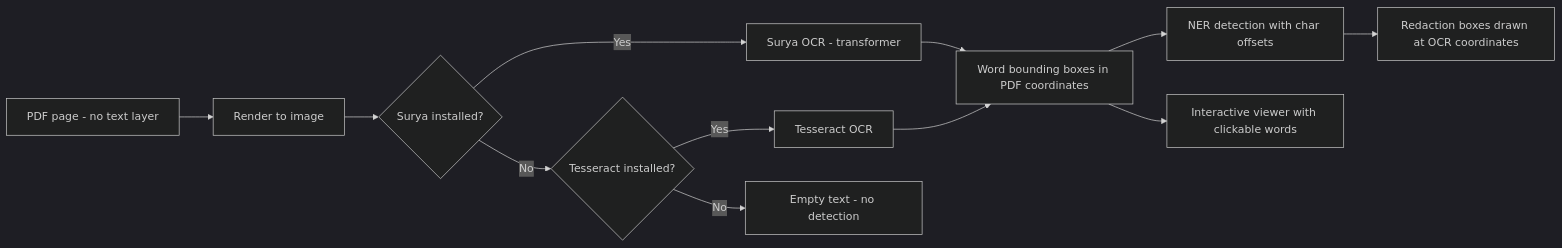
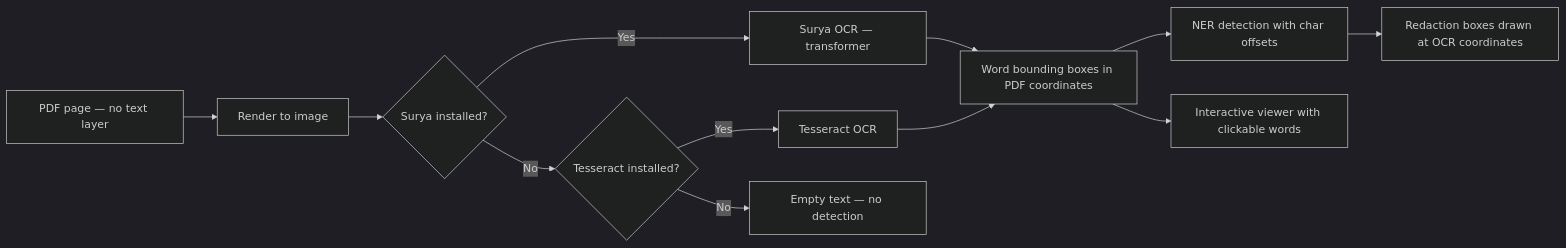
Before and after one commit to alallaqi/go-calma-redact: the second of 4 diagrams in README.md, drawn with Mermaid (dark theme). The commit also changed other lines of this file and 4 other files, not shown here.

````diff
--- a/README.md
+++ b/README.md
@@ -216,14 +247,14 @@
 ```mermaid
 flowchart LR
-    Page[PDF page - no text layer] --> Render[Render to image]
+    Page[PDF page — no text layer] --> Render[Render to image]
     Render --> SuryaCheck{Surya installed?}
-    SuryaCheck -->|Yes| Surya[Surya OCR - transformer]
+    SuryaCheck -->|Yes| Surya[Surya OCR — transformer]
     SuryaCheck -->|No| TessCheck{Tesseract installed?}
     TessCheck -->|Yes| Tess[Tesseract OCR]
-    TessCheck -->|No| Empty[Empty text - no detection]
+    TessCheck -->|No| Empty[Empty text — no detection]
     Surya --> WordBoxes[Word bounding boxes in PDF coordinates]
     Tess --> WordBoxes
-    WordBoxes --> NER[NER detection with char offsets]
+    WordBoxes --> NER2[NER detection with char offsets]
     WordBoxes --> Viewer[Interactive viewer with clickable words]
-    NER --> Redact[Redaction boxes drawn at OCR coordinates]
+    NER2 --> RedactBoxes[Redaction boxes drawn at OCR coordinates]
 ```
````
